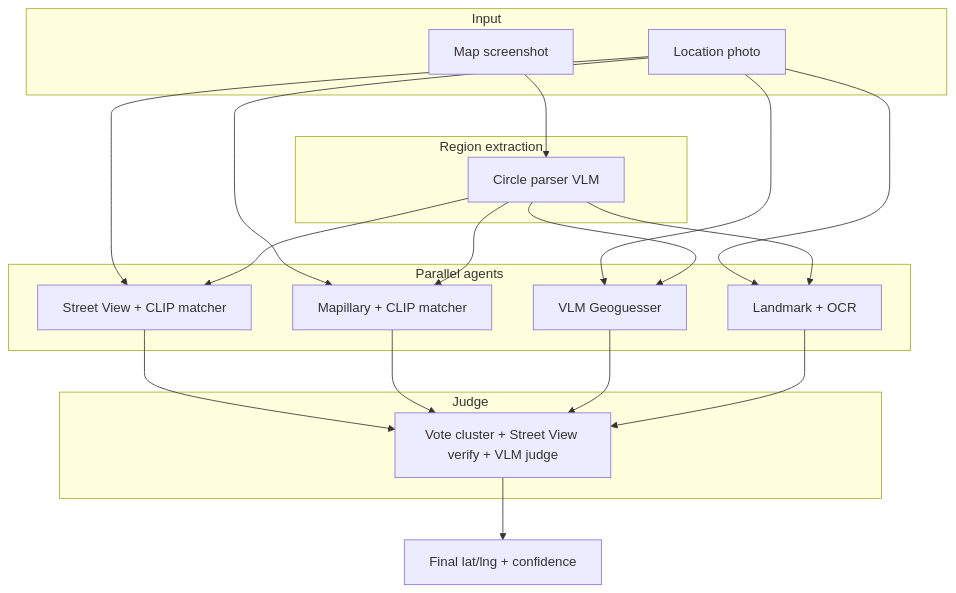
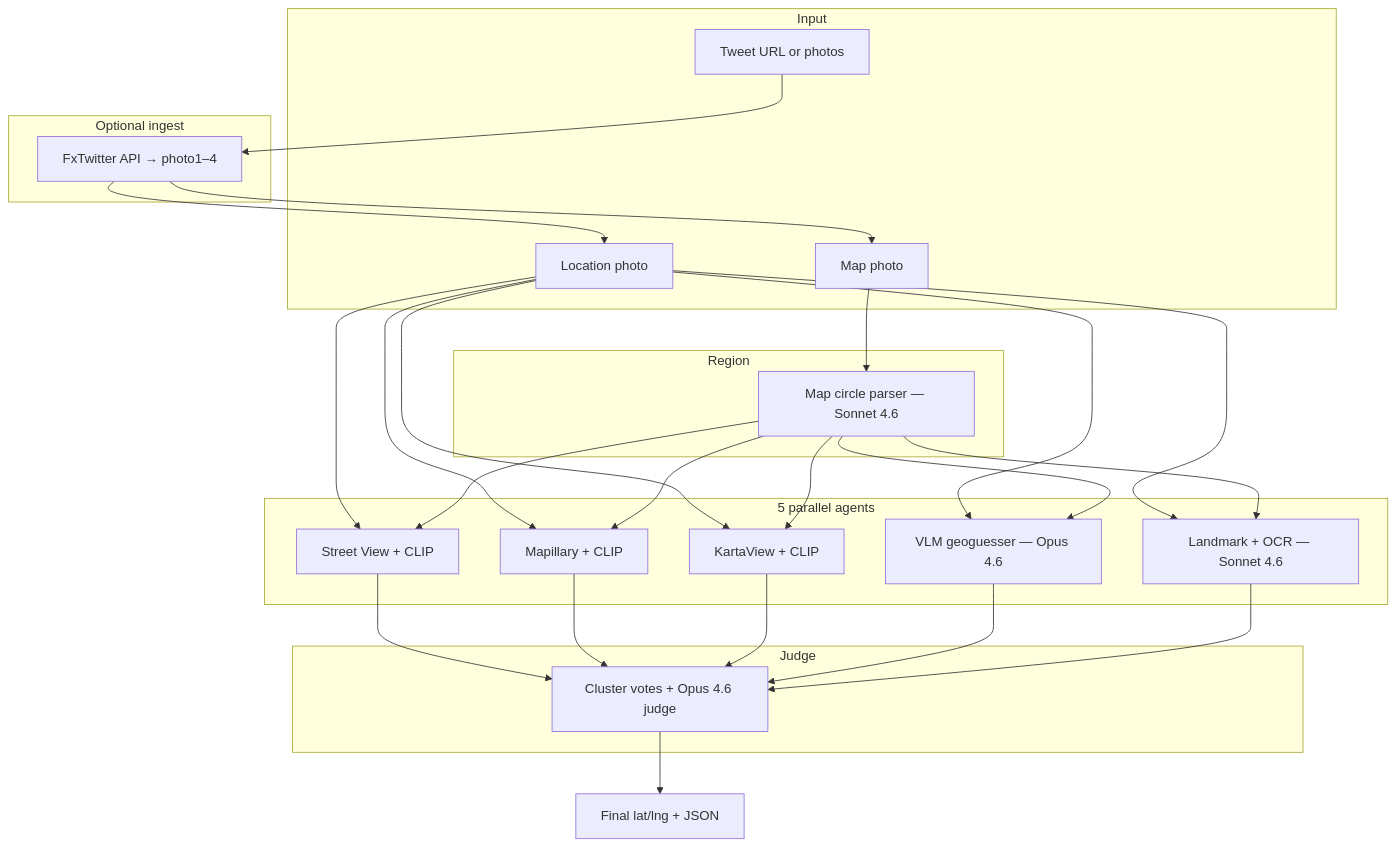
Before and after one commit to Eswar-deep/doordash-geo-hunt: the diagram in README.md, drawn with Mermaid. The commit also changed other lines of this file, not shown here.

Commit message:
Update README for current architecture and contest-day workflow

````diff
--- a/README.md
+++ b/README.md
@@ -13,37 +29,36 @@
 ```mermaid
 flowchart TB
   subgraph input [Input]
-    M[Map screenshot]
+    T[Tweet URL or photos]
+    M[Map photo]
     L[Location photo]
   end
 
-  subgraph extract [Region extraction]
-    R[Circle parser VLM]
+  subgraph ingest [Optional ingest]
+    I[FxTwitter API → photo1–4]
   end
 
-  subgraph agents [Parallel agents]
-    A1[Street View + CLIP matcher]
-    A2[Mapillary + CLIP matcher]
-    A3[VLM Geoguesser]
-    A4[Landmark + OCR]
+  subgraph extract [Region]
+    R[Map circle parser — Sonnet 4.6]
+  end
+
+  subgraph agents [5 parallel agents]
+    A1[Street View + CLIP]
+    A2[Mapillary + CLIP]
+    A3[KartaView + CLIP]
+    A4[VLM geoguesser — Opus 4.6]
+    A5[Landmark + OCR — Sonnet 4.6]
   end
 
   subgraph judge [Judge]
-    J[Vote cluster + Street View verify + VLM judge]
+    J[Cluster votes + Opus 4.6 judge]
   end
 
+  T --> I --> M
+  I --> L
   M --> R
-  L --> A1
-  L --> A2
-  L --> A3
-  L --> A4
-  R --> A1
-  R --> A2
-  R --> A3
-  R --> A4
-  A1 --> J
-  A2 --> J
-  A3 --> J
-  A4 --> J
-  J --> O[Final lat/lng + confidence]
+  L --> A1 & A2 & A3 & A4 & A5
+  R --> A1 & A2 & A3 & A4 & A5
+  A1 & A2 & A3 & A4 & A5 --> J
+  J --> O[Final lat/lng + JSON]
 ```
````
